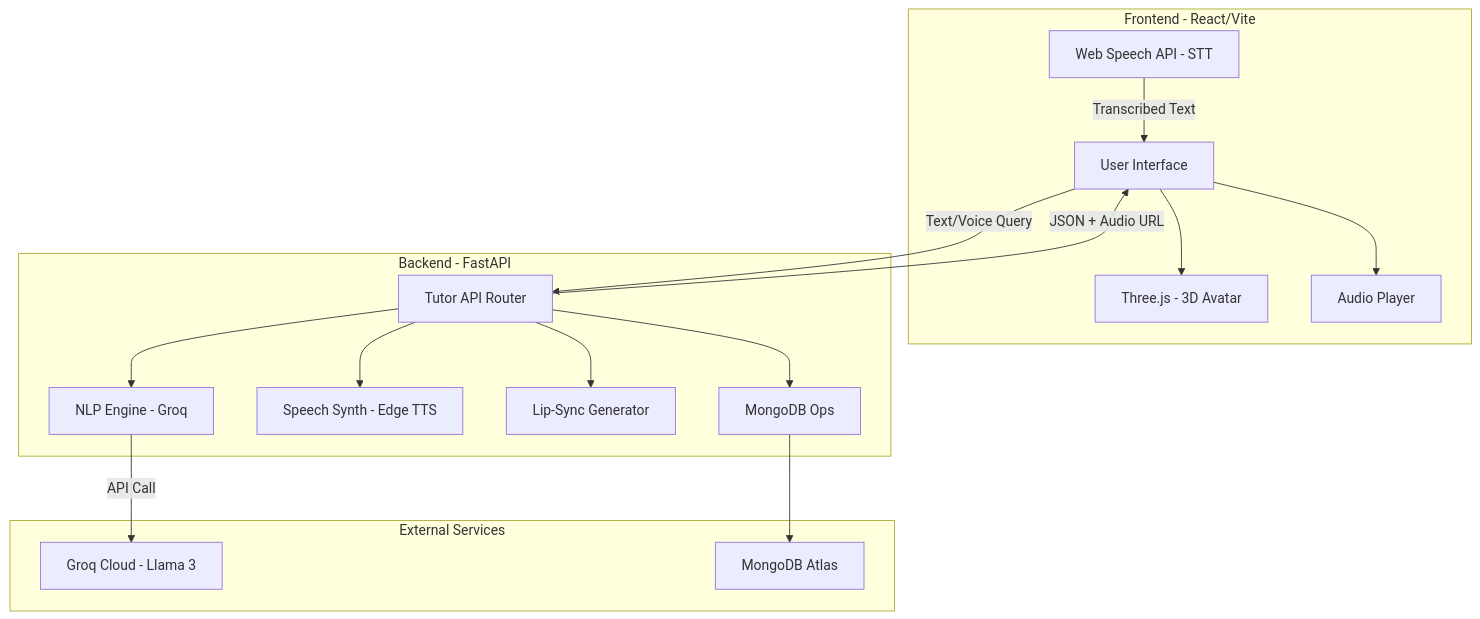
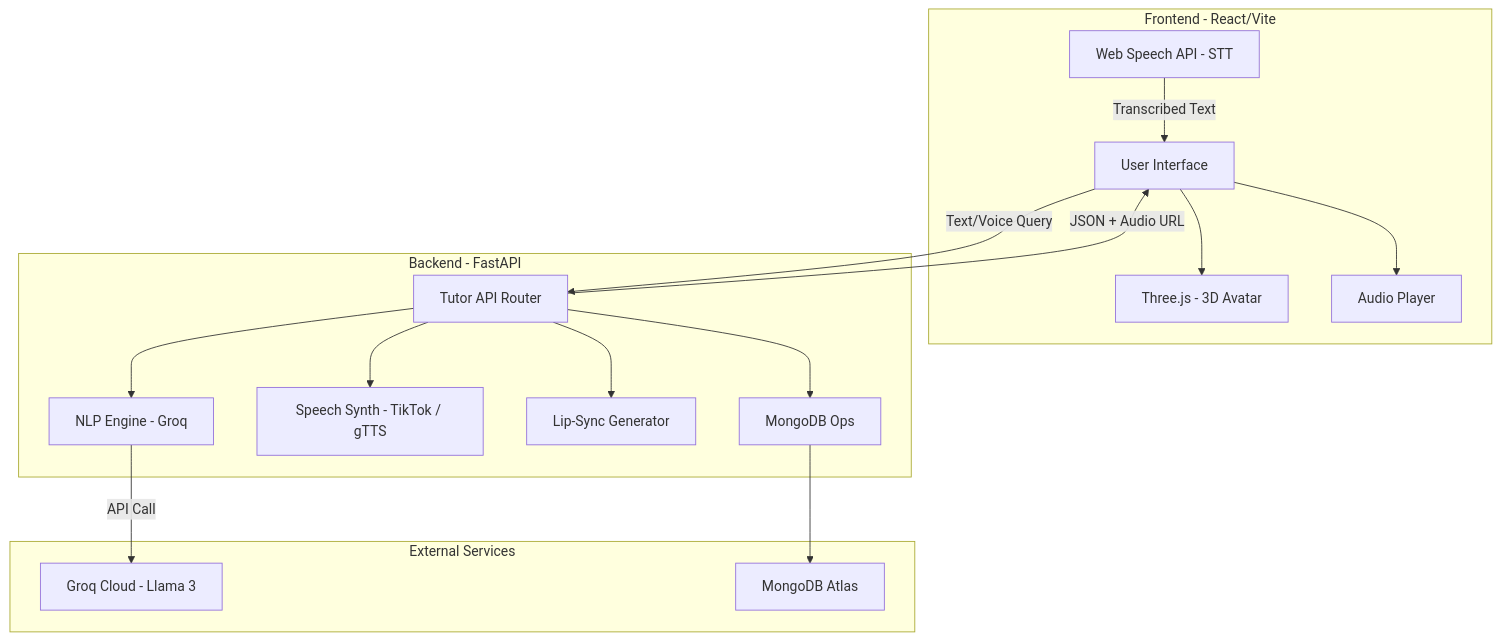
Before and after one commit to junaid11P/AI_Guru_J: the diagram in SYSTEM_ARCHITECTURE.md, drawn with Mermaid. The commit also changed other lines of this file, not shown here.

````diff
--- a/SYSTEM_ARCHITECTURE.md
+++ b/SYSTEM_ARCHITECTURE.md
@@ -9,34 +9,34 @@
 ```mermaid
 graph TD
     subgraph Frontend [Frontend - React/Vite]
         UI[User Interface]
         STT[Web Speech API - STT]
         T3[Three.js - 3D Avatar]
         Audio[Audio Player]
     end
 
     subgraph Backend [Backend - FastAPI]
         API[Tutor API Router]
         NLP[NLP Engine - Groq]
-        TTS[Speech Synth - Edge TTS]
+        TTS[Speech Synth - TikTok / gTTS]
         Sync[Lip-Sync Generator]
         DB_Ops[MongoDB Ops]
     end
 
     subgraph External_Services [External Services]
         Groq[Groq Cloud - Llama 3]
         Atlas[MongoDB Atlas]
     end
 
     UI -->|Text/Voice Query| API
     STT -->|Transcribed Text| UI
     API --> NLP
     NLP -->|API Call| Groq
     API --> TTS
     API --> Sync
     API --> DB_Ops
     DB_Ops --> Atlas
     API -->|JSON + Audio URL| UI
     UI --> T3
     UI --> Audio
 ```
````
